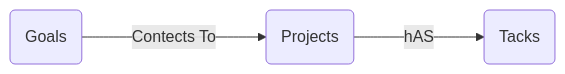
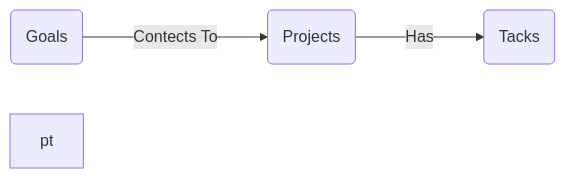
Before and after one commit to JerryOh/iodraw-files: the diagram in all/未命名-2.md, drawn with Mermaid.

Commit message:
2024-06-06 23:55:50 update

````diff
--- a/all/未命名-2.md
+++ b/all/未命名-2.md
@@ -1,5 +1,6 @@
 ```mermaid
 flowchart LR
 G(Goals) ---> |Contects To| P(Projects)
-P ---> |hAS| PT(Tacks)
+P ---> |Has| PT(Tacks)
+pt
 ```
````
